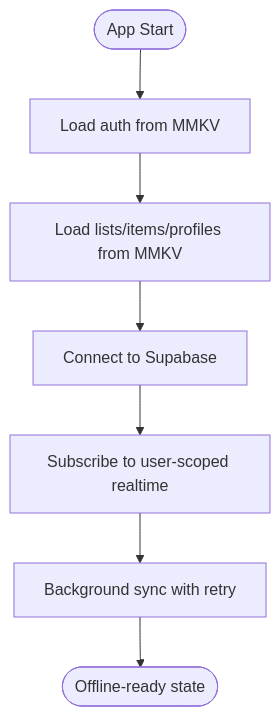
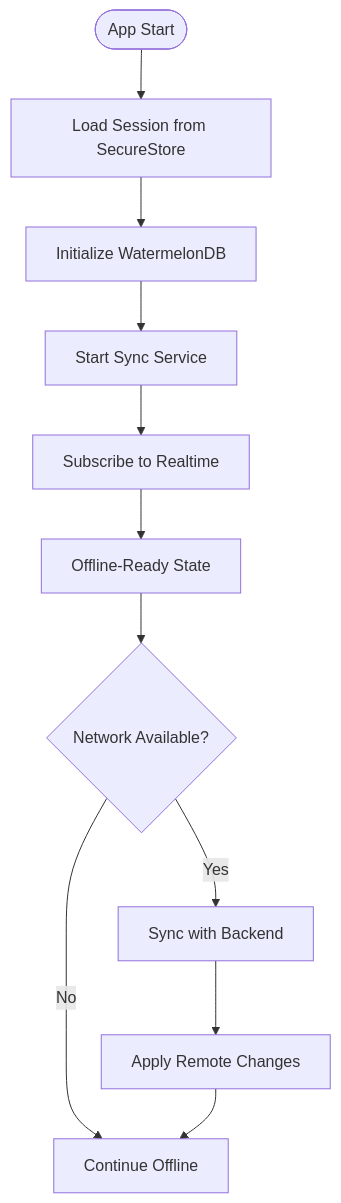
One commit to karllasouzza/PowerLists changed the tenth of 11 diagrams in .qoder/repowiki/en/content/State Management Architecture/Local Persistence with MMKV.md. Above: the diagram before and after it, drawn with Mermaid. The commit also changed other lines of this file and 5 other files, not shown here.

````diff
--- a/.qoder/repowiki/en/content/State Management Architecture/Local Persistence with MMKV.md
+++ b/.qoder/repowiki/en/content/State Management Architecture/Local Persistence with MMKV.md
@@ -403,9 +342,13 @@
 ```mermaid
 flowchart TD
-Start(["App Start"]) --> LoadAuth["Load auth from MMKV"]
-LoadAuth --> LoadData["Load lists/items/profiles from MMKV"]
-LoadData --> Connect["Connect to Supabase"]
-Connect --> Realtime["Subscribe to user-scoped realtime"]
-Realtime --> BackgroundSync["Background sync with retry"]
-BackgroundSync --> OfflineReady(["Offline-ready state"])
+Start(["App Start"]) --> LoadSession["Load Session from SecureStore"]
+LoadSession --> InitDatabase["Initialize WatermelonDB"]
+InitDatabase --> StartSync["Start Sync Service"]
+StartSync --> Subscribe["Subscribe to Realtime"]
+Subscribe --> OfflineReady["Offline-Ready State"]
+OfflineReady --> NetworkCheck{"Network Available?"}
+NetworkCheck --> |Yes| SyncNow["Sync with Backend"]
+NetworkCheck --> |No| ContinueOffline["Continue Offline"]
+SyncNow --> ApplyChanges["Apply Remote Changes"]
+ApplyChanges --> ContinueOffline
 ```
````
